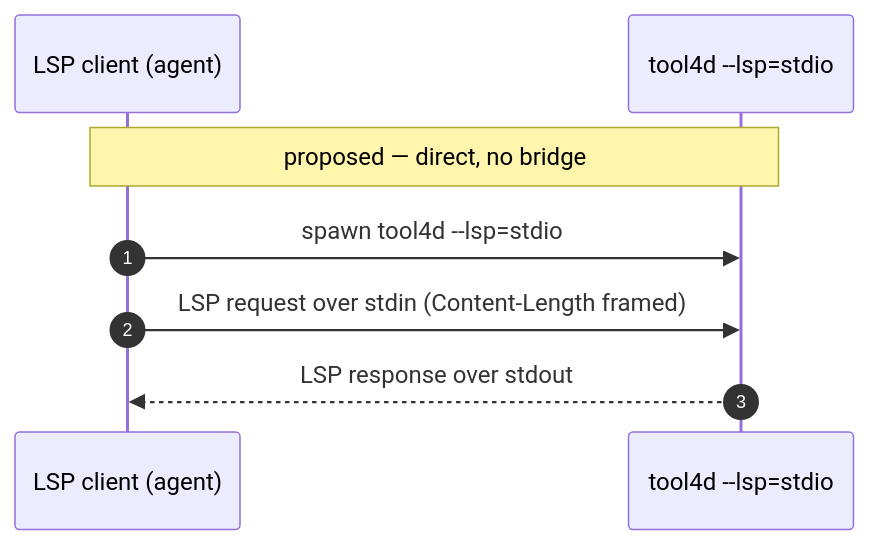
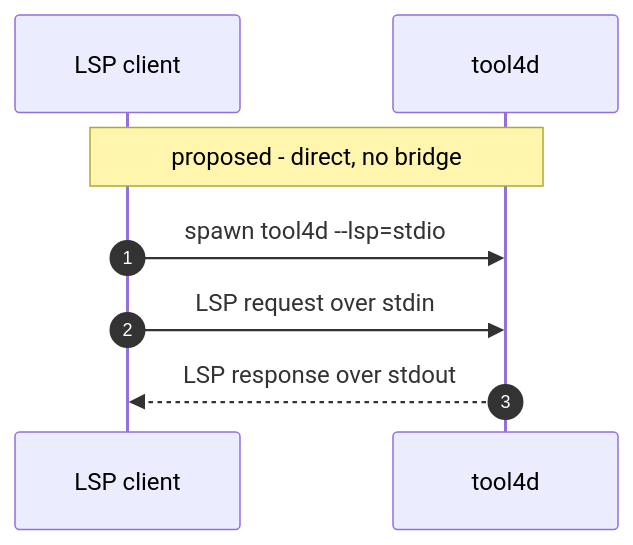
Before and after one commit to mesopelagique/omp-4d-dap: the second of 2 diagrams in docs/4D-lsp-stdio-request.md, drawn with Mermaid. The commit also changed other lines of this file, not shown here.

````diff
--- a/docs/4D-lsp-stdio-request.md
+++ b/docs/4D-lsp-stdio-request.md
@@ -73,10 +73,10 @@
 ```mermaid
 sequenceDiagram
     autonumber
-    participant C as LSP client (agent)
-    participant T as tool4d --lsp=stdio
-    Note over C,T: proposed — direct, no bridge
+    participant C as LSP client
+    participant T as tool4d
+    Note over C,T: proposed - direct, no bridge
     C->>T: spawn tool4d --lsp=stdio
-    C->>T: LSP request over stdin (Content-Length framed)
+    C->>T: LSP request over stdin
     T-->>C: LSP response over stdout
 ```
````
